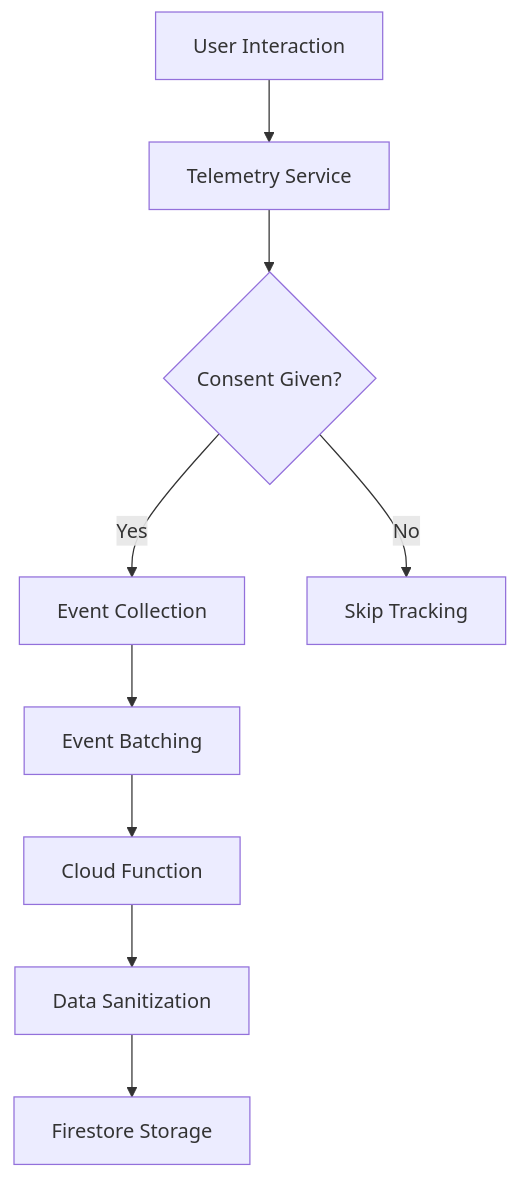
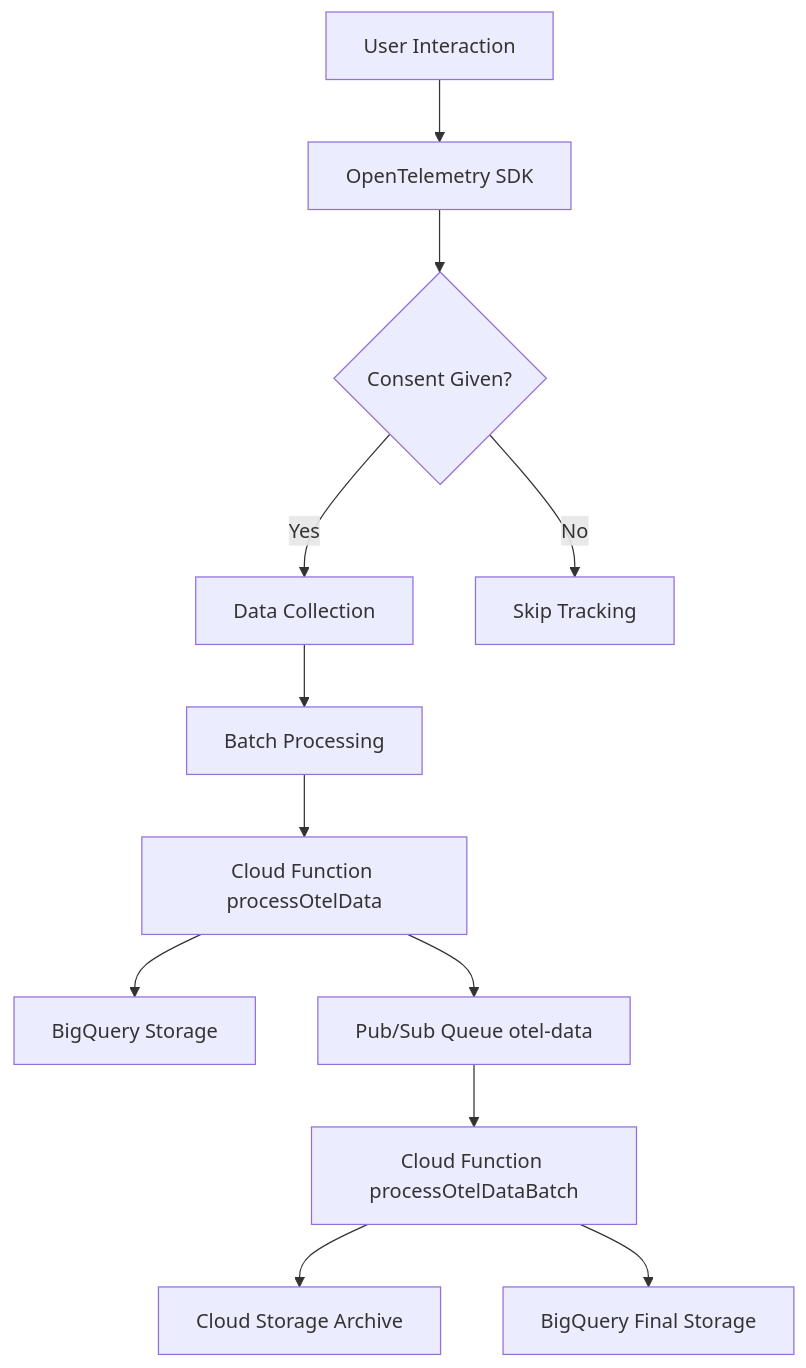
Before and after one commit to Sudhan30/my-portfolio-website: the fifth of 7 diagrams in ARCHITECTURE.md, drawn with Mermaid. The commit also changed other lines of this file, not shown here.

First line of the commit message:
Update ARCHITECTURE.md with Firebase Hosting and comprehensive OpenTelemetry documentation

````diff
--- a/ARCHITECTURE.md
+++ b/ARCHITECTURE.md
@@ -324,11 +399,14 @@
 ```mermaid
 graph TD
-    A[User Interaction] --> B[Telemetry Service]
+    A[User Interaction] --> B[OpenTelemetry SDK]
     B --> C{Consent Given?}
-    C -->|Yes| D[Event Collection]
+    C -->|Yes| D[Data Collection]
     C -->|No| E[Skip Tracking]
-    D --> F[Event Batching]
-    F --> G[Cloud Function]
-    G --> H[Data Sanitization]
-    H --> I[Firestore Storage]
+    D --> F[Batch Processing]
+    F --> G[Cloud Function processOtelData]
+    G --> H[BigQuery Storage]
+    G --> I[Pub/Sub Queue otel-data]
+    I --> J[Cloud Function processOtelDataBatch]
+    J --> K[Cloud Storage Archive]
+    J --> L[BigQuery Final Storage]
 ```
````
